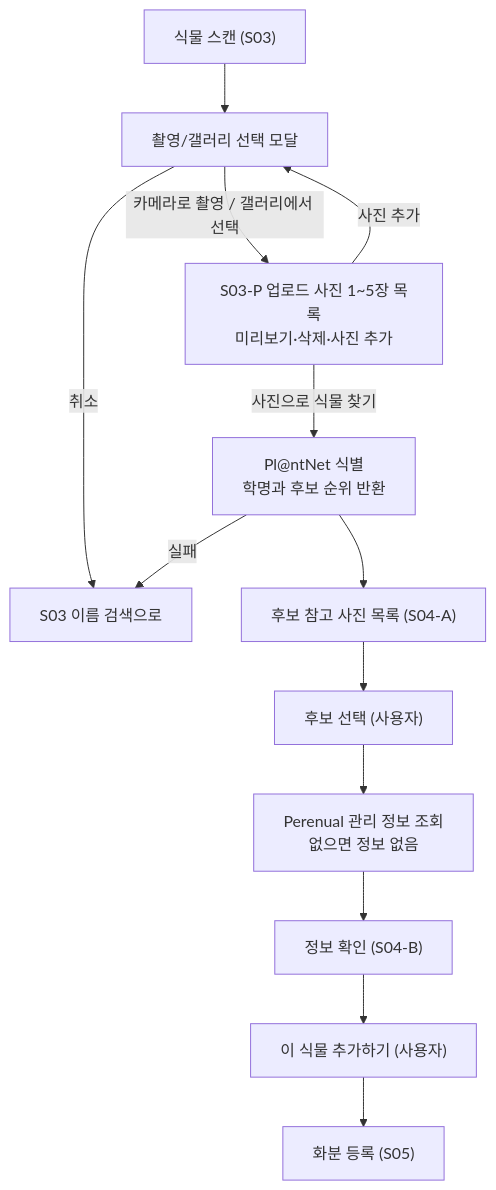
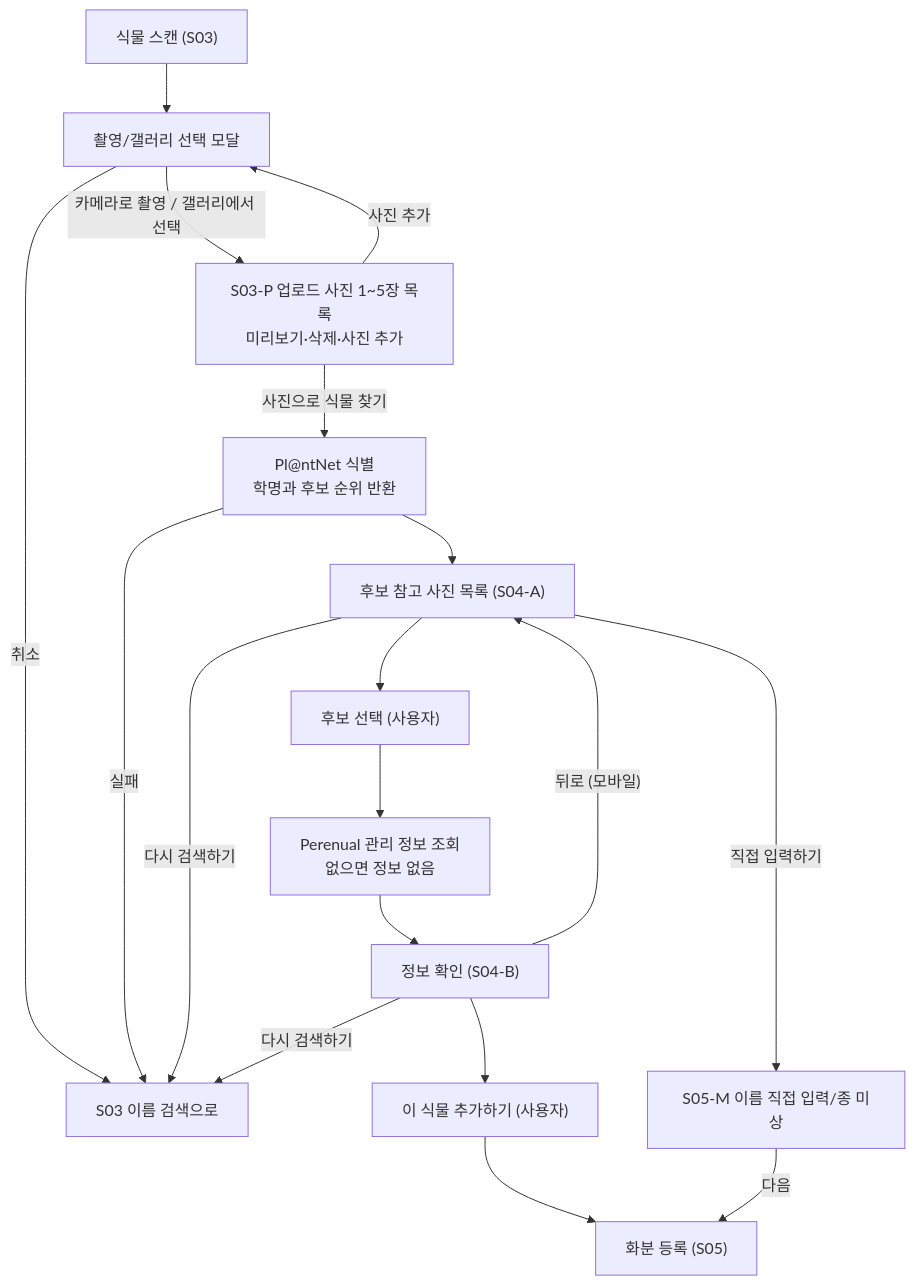
One commit to skiiilee/die-no-more changed the second of 2 diagrams in docs/stage2/03-functional-specification.md. Above: the diagram before and after it, drawn with Mermaid. The commit also changed other lines of this file, not shown here.

Commit message:
docs(stage2): align S04-A/B acceptance rules and flowcharts with wireframes

````diff
--- a/docs/stage2/03-functional-specification.md
+++ b/docs/stage2/03-functional-specification.md
@@ -69,15 +74,20 @@
 ```mermaid
 flowchart TD
   A["식물 스캔 (S03)"] --> B["촬영/갤러리 선택 모달"]
   B -->|"카메라로 촬영 / 갤러리에서 선택"| P["S03-P 업로드 사진 1~5장 목록<br/>미리보기·삭제·사진 추가"]
   B -->|취소| N["S03 이름 검색으로"]
   P -->|"사진 추가"| B
   P -->|"사진으로 식물 찾기"| C["Pl@ntNet 식별<br/>학명과 후보 순위 반환"]
   C -->|실패| N
   C --> D["후보 참고 사진 목록 (S04-A)"]
+  D -->|"직접 입력하기"| X["S05-M 이름 직접 입력/종 미상"]
+  D -->|"다시 검색하기"| N
   D --> E["후보 선택 (사용자)"]
   E --> F["Perenual 관리 정보 조회<br/>없으면 정보 없음"]
   F --> G["정보 확인 (S04-B)"]
+  G -->|"다시 검색하기"| N
+  G -->|"뒤로 (모바일)"| D
   G --> H["이 식물 추가하기 (사용자)"]
   H --> I["화분 등록 (S05)"]
+  X -->|"다음"| I
 ```
````
